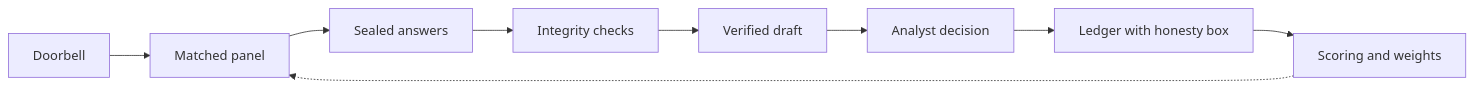
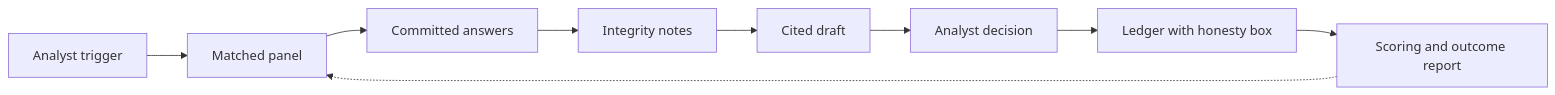
Before and after one commit to shoizuno-cloud/HFG8-ACAPS-Ground-Truth: the diagram in README.md, drawn with Mermaid. The commit also changed other lines of this file and 3 other files, not shown here.

````diff
--- a/README.md
+++ b/README.md
@@ -25,11 +32,11 @@
 ```mermaid
 flowchart LR
-  A[Doorbell] --> B[Matched panel]
-  B --> C[Sealed answers]
-  C --> D[Integrity checks]
-  D --> E[Verified draft]
+  A[Analyst trigger] --> B[Matched panel]
+  B --> C[Committed answers]
+  C --> D[Integrity notes]
+  D --> E[Cited draft]
   E --> F[Analyst decision]
   F --> G[Ledger with honesty box]
-  G --> H[Scoring and weights]
+  G --> H[Scoring and outcome report]
   H -.-> B
 ```
````
